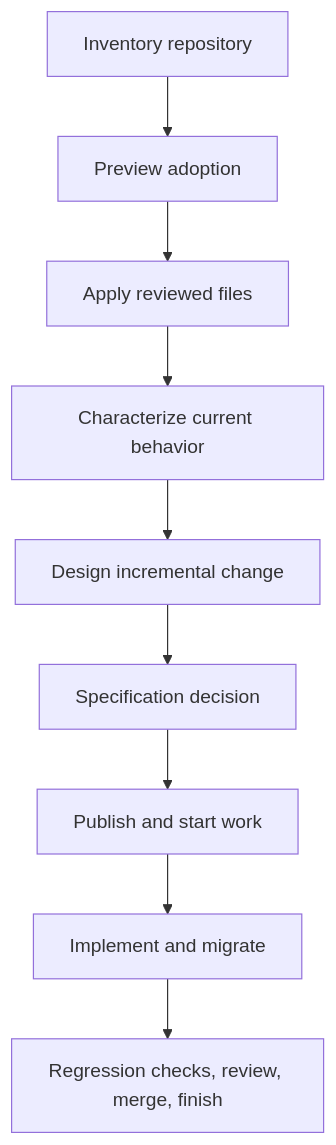
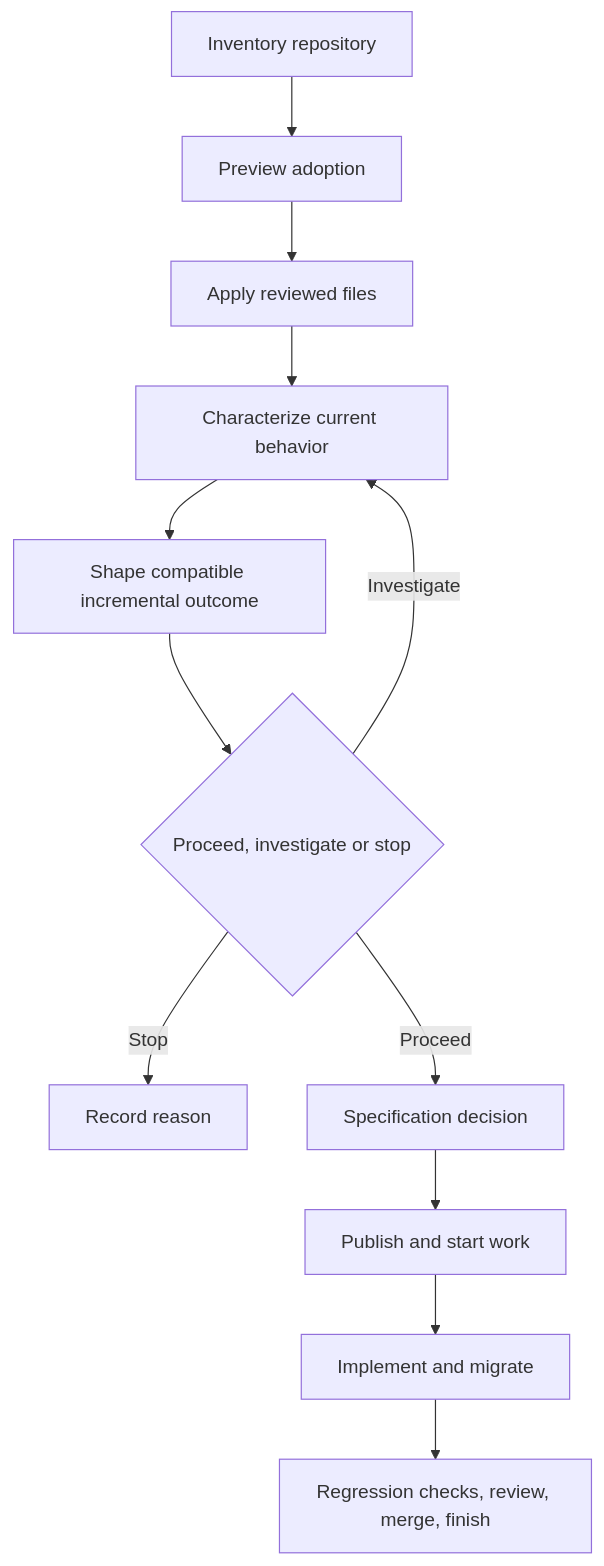
Before and after one commit to Sean-Koval/ai-dlc: the diagram in docs/workflows/brownfield.md, drawn with Mermaid. The commit also changed other lines of this file and 39 other files, not shown here.

````diff
--- a/docs/workflows/brownfield.md
+++ b/docs/workflows/brownfield.md
@@ -11,11 +11,14 @@
 ```mermaid
 flowchart TD
     I[Inventory repository] --> P[Preview adoption]
     P --> A[Apply reviewed files]
     A --> C[Characterize current behavior]
-    C --> D[Design incremental change]
-    D --> S[Specification decision]
+    C --> D[Shape compatible incremental outcome]
+    D --> J{Proceed, investigate or stop}
+    J -->|Investigate| C
+    J -->|Stop| X[Record reason]
+    J -->|Proceed| S[Specification decision]
     S --> W[Publish and start work]
     W --> M[Implement and migrate]
     M --> V[Regression checks, review, merge, finish]
 ```
````
